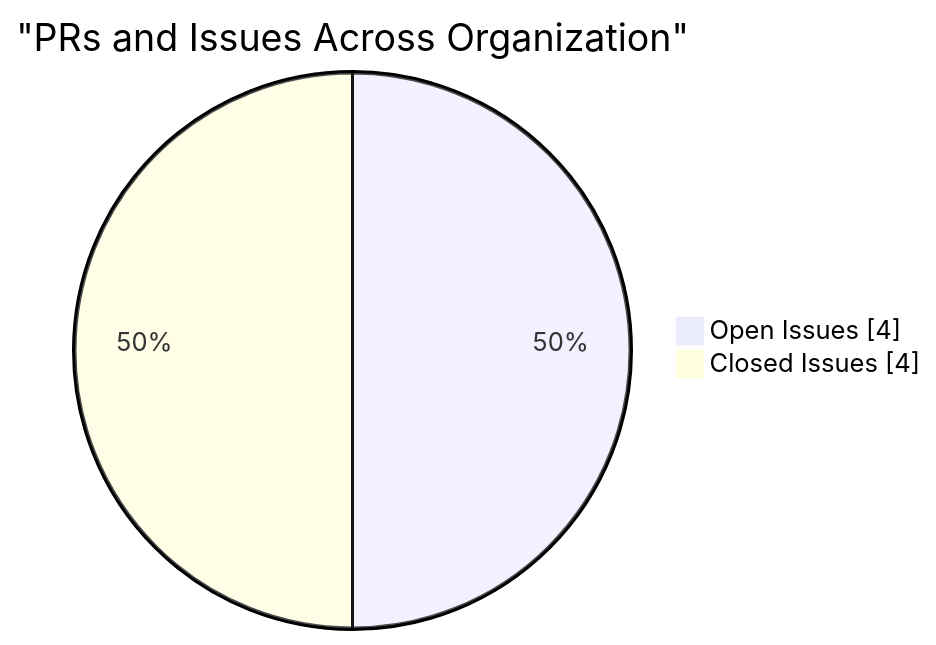
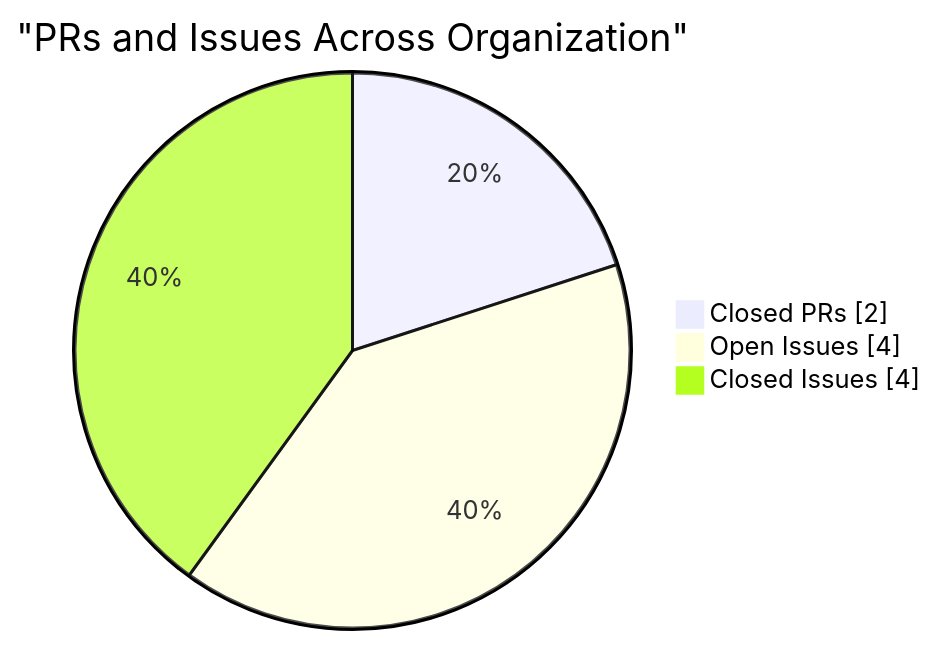
Before and after one commit to CSTH-Projects/.github: the fourth of 4 diagrams in profile/README.md, drawn with Mermaid. The commit also changed other lines of this file, not shown here.

````diff
--- a/profile/README.md
+++ b/profile/README.md
@@ -86,6 +86,7 @@
 ```mermaid
 pie showData
     title "PRs and Issues Across Organization"
+    "Closed PRs" : 2
     "Open Issues" : 4
     "Closed Issues" : 4
 ```
````
